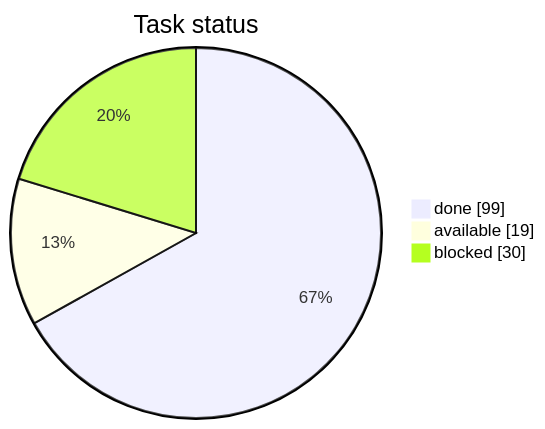
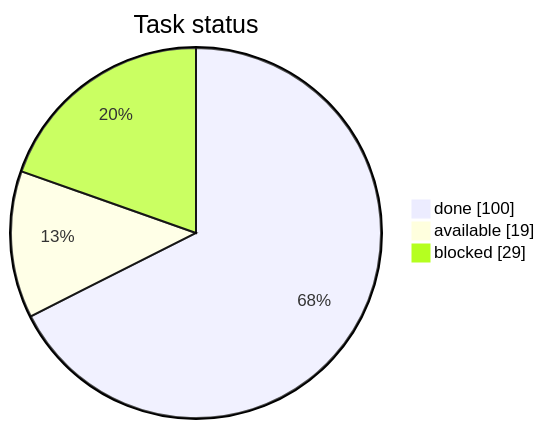
One commit to artemiiShabanov/RallyRivals changed the first of 3 diagrams in STATUS.md. Above: the diagram before and after it, drawn with Mermaid. The commit also changed other lines of this file and 2 other files, not shown here.

````diff
--- a/STATUS.md
+++ b/STATUS.md
@@ -7,7 +7,7 @@
 ```mermaid
 pie showData
     title Task status
-    "done" : 99
+    "done" : 100
     "available" : 19
-    "blocked" : 30
+    "blocked" : 29
 ```
````
